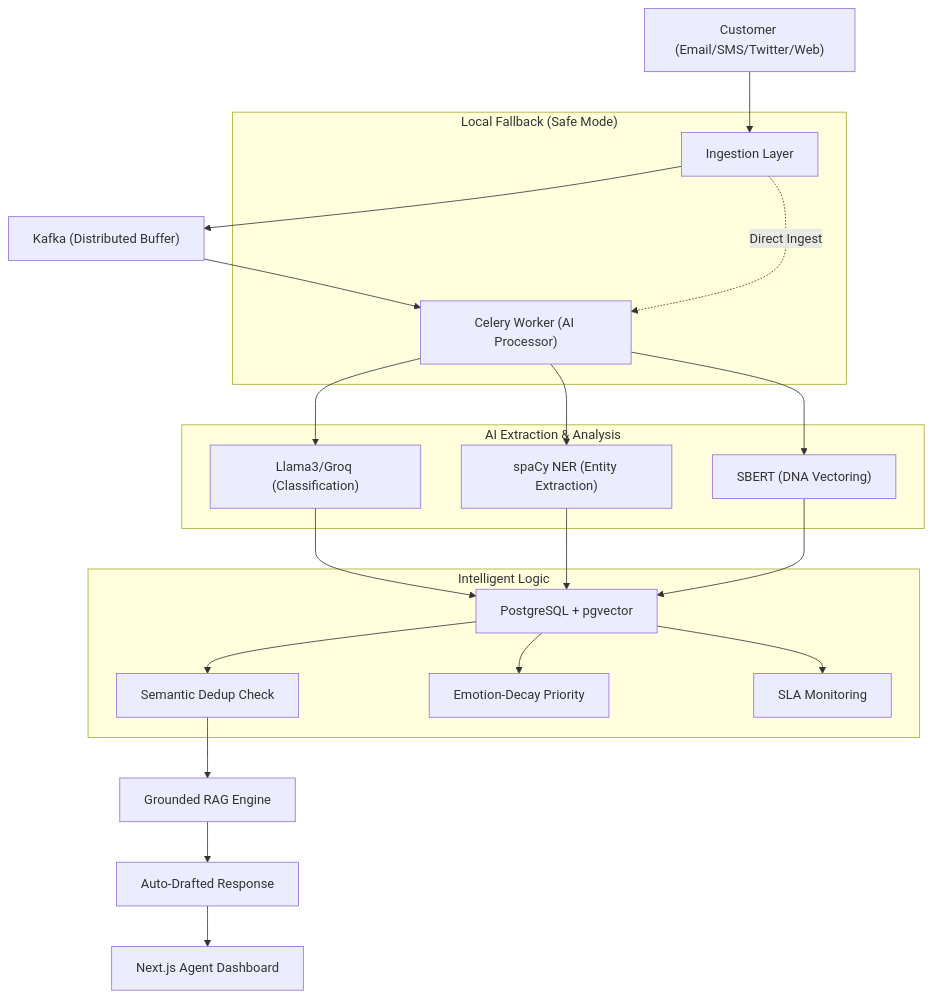
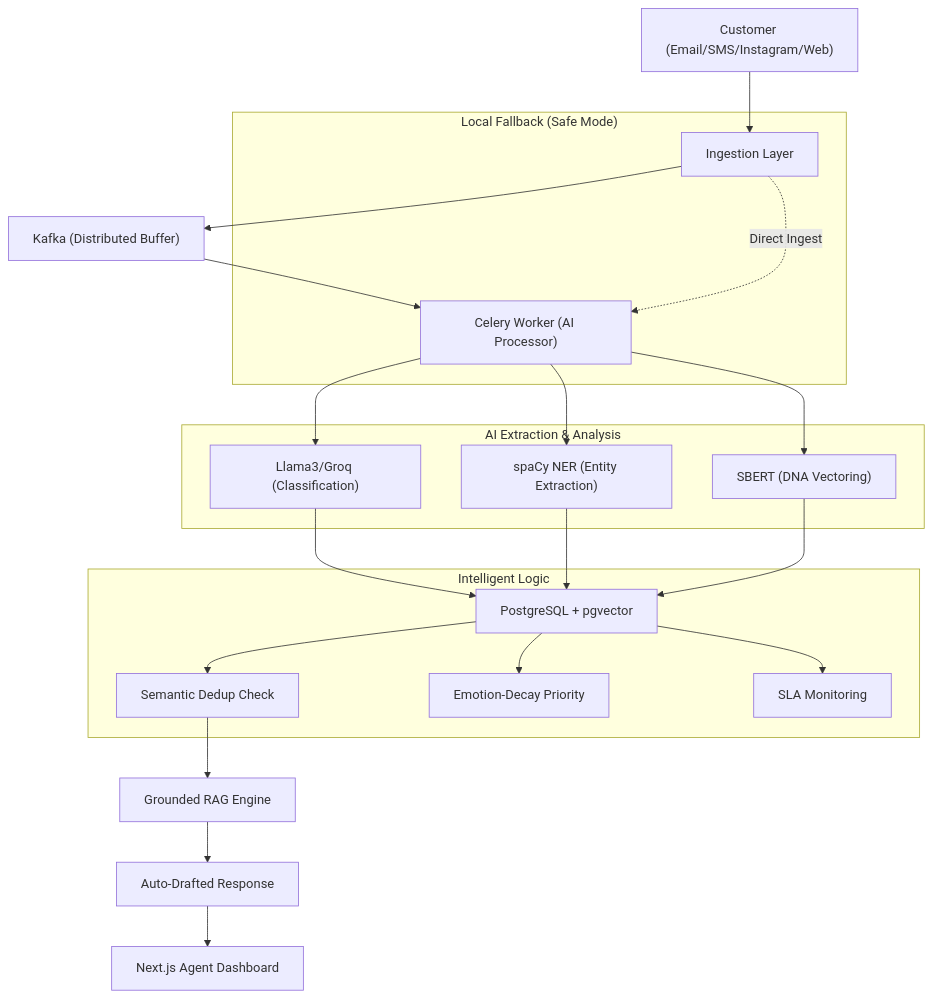
The diagram in README.md (kshitijsingh1-tech/CREST), drawn with Mermaid before and after one commit. The commit also changed other lines of this file and 18 other files, not shown here.

Commit message:
Migrate from Twitter to Instagram channel and optimize agent dashboard layout

````diff
--- a/README.md
+++ b/README.md
@@ -23,30 +23,30 @@
 ```mermaid
 graph TD
-    A["Customer (Email/SMS/Twitter/Web)"] --> B["Ingestion Layer"]
+    A["Customer (Email/SMS/Instagram/Web)"] --> B["Ingestion Layer"]
     B --> C["Kafka (Distributed Buffer)"]
     C --> D["Celery Worker (AI Processor)"]
     
     subgraph "Local Fallback (Safe Mode)"
         B -.->|Direct Ingest| D
     end
 
     subgraph "AI Extraction & Analysis"
         D --> E["Llama3/Groq (Classification)"]
         D --> F["spaCy NER (Entity Extraction)"]
         D --> G["SBERT (DNA Vectoring)"]
     end
     
     E --> H["PostgreSQL + pgvector"]
     F --> H
     G --> H
     
     subgraph "Intelligent Logic"
         H --> I["Semantic Dedup Check"]
         H --> J["Emotion-Decay Priority"]
         H --> K["SLA Monitoring"]
     end
     
     I --> L["Grounded RAG Engine"]
     L --> M["Auto-Drafted Response"]
     M --> N["Next.js Agent Dashboard"]
 ```
````
